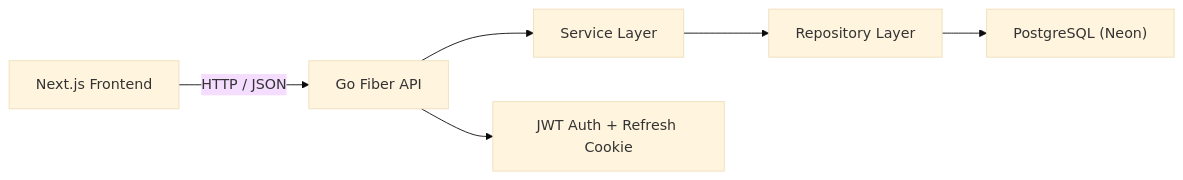
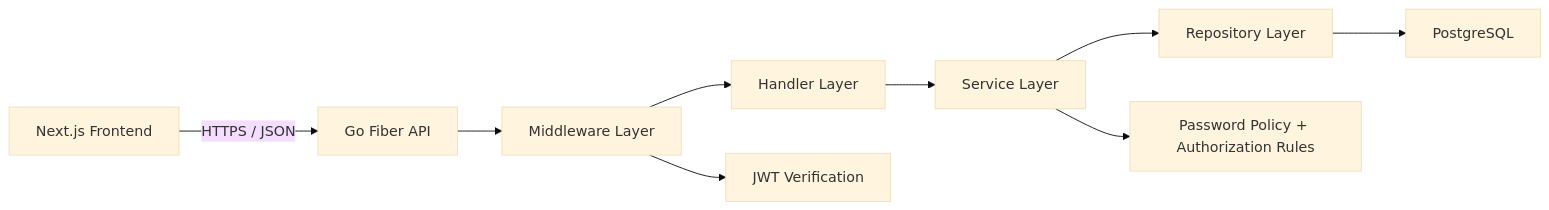
The diagram in README.md (tony219y/Pomo-smart-task), drawn with Mermaid (base theme) before and after one commit. The commit also changed other lines of this file, not shown here.

````diff
--- a/README.md
+++ b/README.md
@@ -103,8 +33,11 @@
 ```mermaid
 flowchart LR
-  A["Next.js Frontend"] -->|HTTP / JSON| B["Go Fiber API"]
-  B --> C["Service Layer"]
-  C --> D["Repository Layer"]
-  D --> E["PostgreSQL (Neon)"]
-  B --> F["JWT Auth + Refresh Cookie"]
+  A["Next.js Frontend"] -->|HTTPS / JSON| B["Go Fiber API"]
+  B --> C["Middleware Layer"]
+  C --> D["Handler Layer"]
+  D --> E["Service Layer"]
+  E --> F["Repository Layer"]
+  F --> G["PostgreSQL"]
+  C --> H["JWT Verification"]
+  E --> I["Password Policy + Authorization Rules"]
 ```
````
